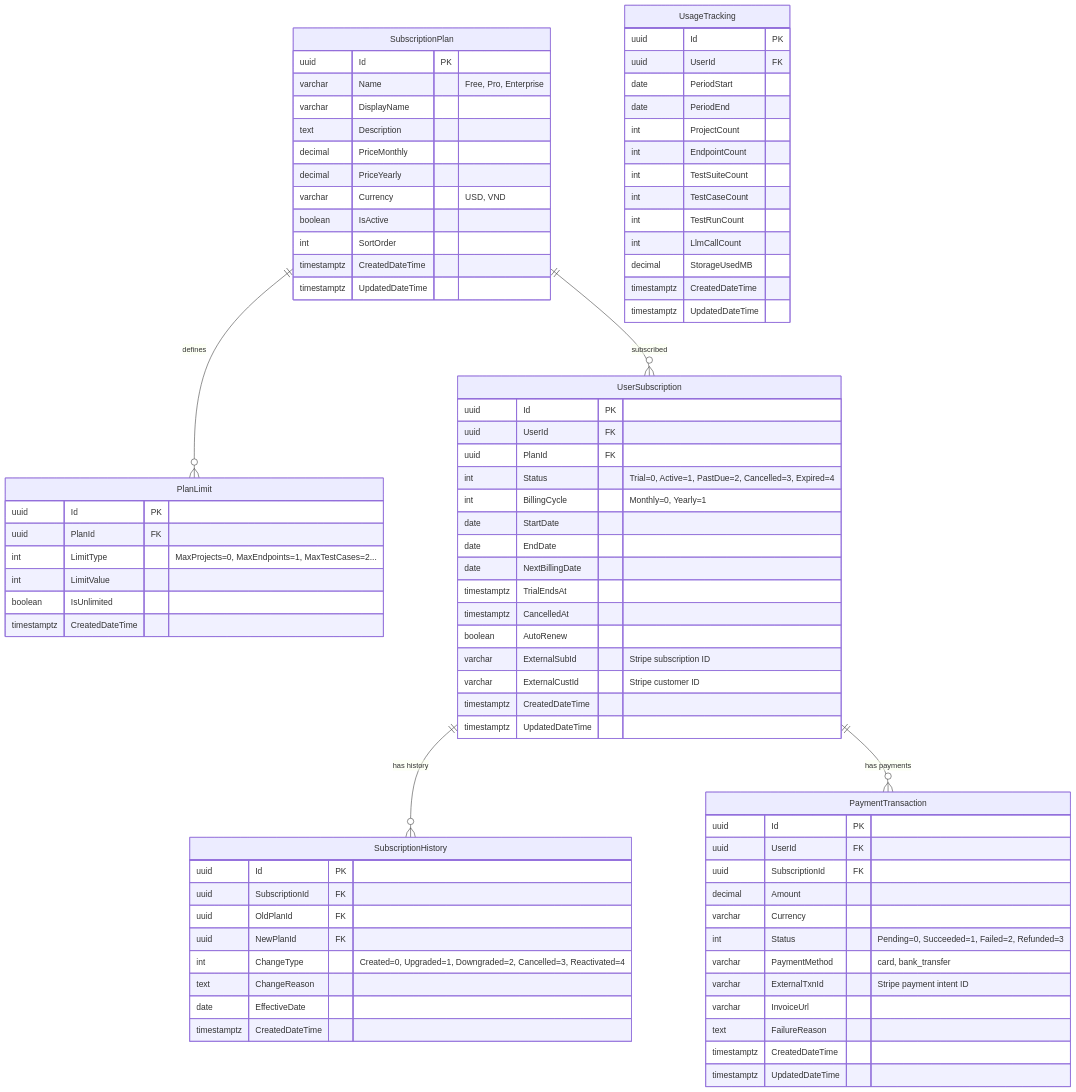
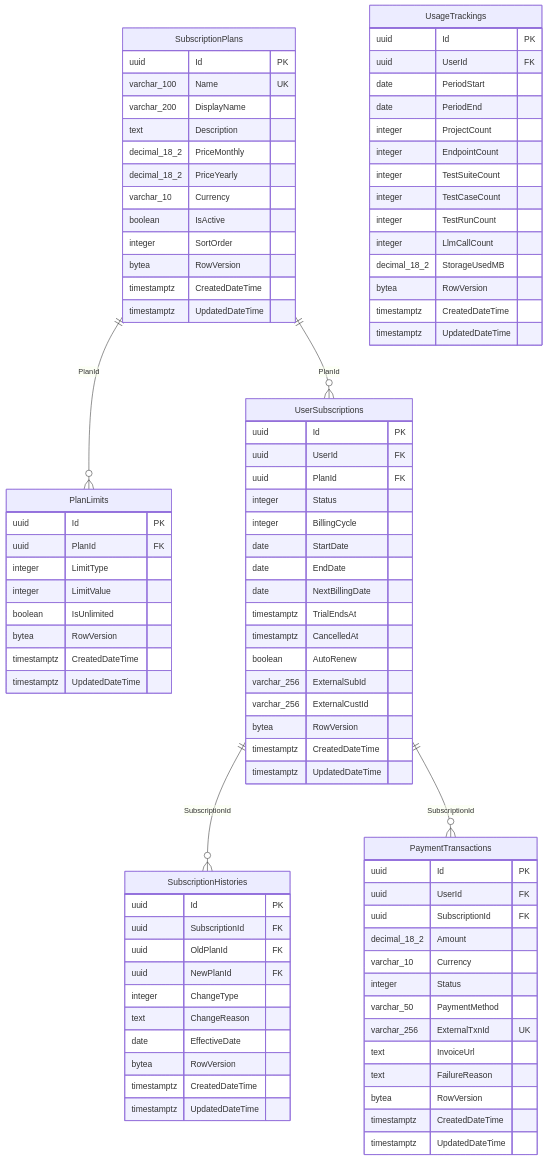
The ninth of 14 diagrams in docs/architecture/ENTITIES.md (tinse-22/GSP26SE43.ModularMonolith), drawn with Mermaid before and after one commit. The commit also changed other lines of this file and 8 other files, not shown here.

````diff
--- a/docs/architecture/ENTITIES.md
+++ b/docs/architecture/ENTITIES.md
@@ -1583,89 +2085,91 @@
 ```mermaid
 erDiagram
-    SubscriptionPlan ||--o{ PlanLimit : "defines"
-    SubscriptionPlan ||--o{ UserSubscription : "subscribed"
-    UserSubscription ||--o{ SubscriptionHistory : "has history"
-    UserSubscription ||--o{ PaymentTransaction : "has payments"
-
-    SubscriptionPlan {
+    SubscriptionPlans ||--o{ PlanLimits : "PlanId"
+    SubscriptionPlans ||--o{ UserSubscriptions : "PlanId"
+    UserSubscriptions ||--o{ SubscriptionHistories : "SubscriptionId"
+    UserSubscriptions ||--o{ PaymentTransactions : "SubscriptionId"
+    SubscriptionPlans {
         uuid Id PK
-        varchar Name "Free, Pro, Enterprise"
-        varchar DisplayName
+        varchar_100 Name UK
+        varchar_200 DisplayName
         text Description
-        decimal PriceMonthly
-        decimal PriceYearly
-        varchar Currency "USD, VND"
+        decimal_18_2 PriceMonthly
+        decimal_18_2 PriceYearly
+        varchar_10 Currency
         boolean IsActive
-        int SortOrder
+        integer SortOrder
+        bytea RowVersion
         timestamptz CreatedDateTime
         timestamptz UpdatedDateTime
     }
-
-    PlanLimit {
+    PlanLimits {
         uuid Id PK
         uuid PlanId FK
-        int LimitType "MaxProjects=0, MaxEndpoints=1, MaxTestCases=2..."
-        int LimitValue
+        integer LimitType
+        integer LimitValue
         boolean IsUnlimited
+        bytea RowVersion
         timestamptz CreatedDateTime
+        timestamptz UpdatedDateTime
     }
-
-    UserSubscription {
+    UserSubscriptions {
         uuid Id PK
         uuid UserId FK
         uuid PlanId FK
-        int Status "Trial=0, Active=1, PastDue=2, Cancelled=3, Expired=4"
-        int BillingCycle "Monthly=0, Yearly=1"
+        integer Status
+        integer BillingCycle
         date StartDate
         date EndDate
         date NextBillingDate
         timestamptz TrialEndsAt
         timestamptz CancelledAt
         boolean AutoRenew
-        varchar ExternalSubId "Stripe subscription ID"
-        varchar ExternalCustId "Stripe customer ID"
+        varchar_256 ExternalSubId
+        varchar_256 ExternalCustId
+        bytea RowVersion
         timestamptz CreatedDateTime
         timestamptz UpdatedDateTime
     }
-
-    SubscriptionHistory {
+    SubscriptionHistories {
         uuid Id PK
         uuid SubscriptionId FK
         uuid OldPlanId FK
         uuid NewPlanId FK
-        int ChangeType "Created=0, Upgraded=1, Downgraded=2, Cancelled=3, Reactivated=4"
+        integer ChangeType
         text ChangeReason
         date EffectiveDate
+        bytea RowVersion
         timestamptz CreatedDateTime
+        timestamptz UpdatedDateTime
     }
-
-    PaymentTransaction {
+    PaymentTransactions {
         uuid Id PK
         uuid UserId FK
         uuid SubscriptionId FK
-        decimal Amount
-        varchar Currency
-        int Status "Pending=0, Succeeded=1, Failed=2, Refunded=3"
-        varchar PaymentMethod "card, bank_transfer"
-        varchar ExternalTxnId "Stripe payment intent ID"
-        varchar InvoiceUrl
+        decimal_18_2 Amount
+        varchar_10 Currency
+        integer Status
+        varchar_50 PaymentMethod
+        varchar_256 ExternalTxnId UK
+        text InvoiceUrl
         text FailureReason
+        bytea RowVersion
         timestamptz CreatedDateTime
         timestamptz UpdatedDateTime
     }
-
-    UsageTracking {
+    UsageTrackings {
         uuid Id PK
         uuid UserId FK
         date PeriodStart
         date PeriodEnd
-        int ProjectCount
-        int EndpointCount
-        int TestSuiteCount
-        int TestCaseCount
-        int TestRunCount
-        int LlmCallCount
-        decimal StorageUsedMB
+        integer ProjectCount
+        integer EndpointCount
+        integer TestSuiteCount
+        integer TestCaseCount
+        integer TestRunCount
+        integer LlmCallCount
+        decimal_18_2 StorageUsedMB
+        bytea RowVersion
         timestamptz CreatedDateTime
         timestamptz UpdatedDateTime
     }
````
